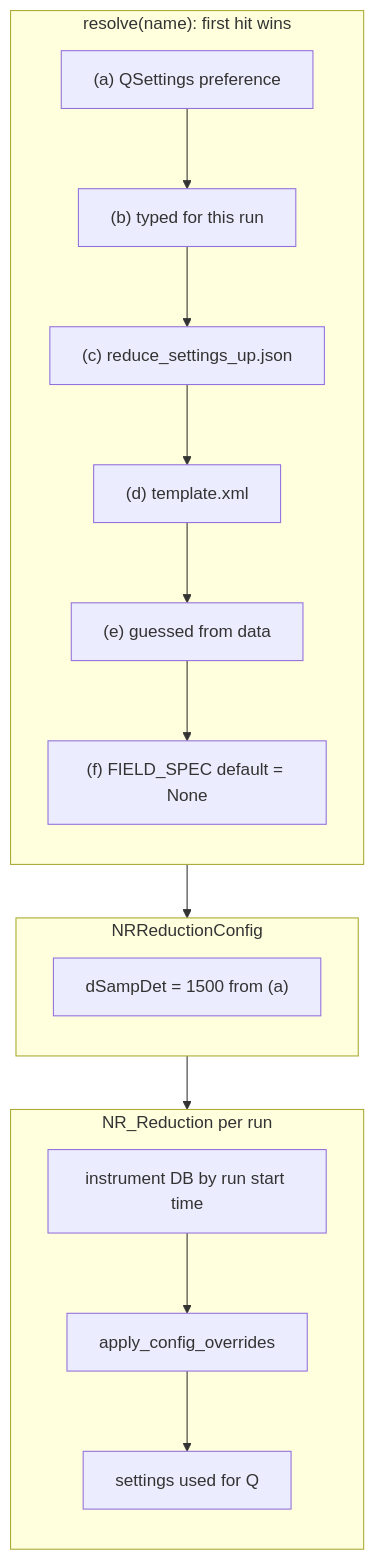
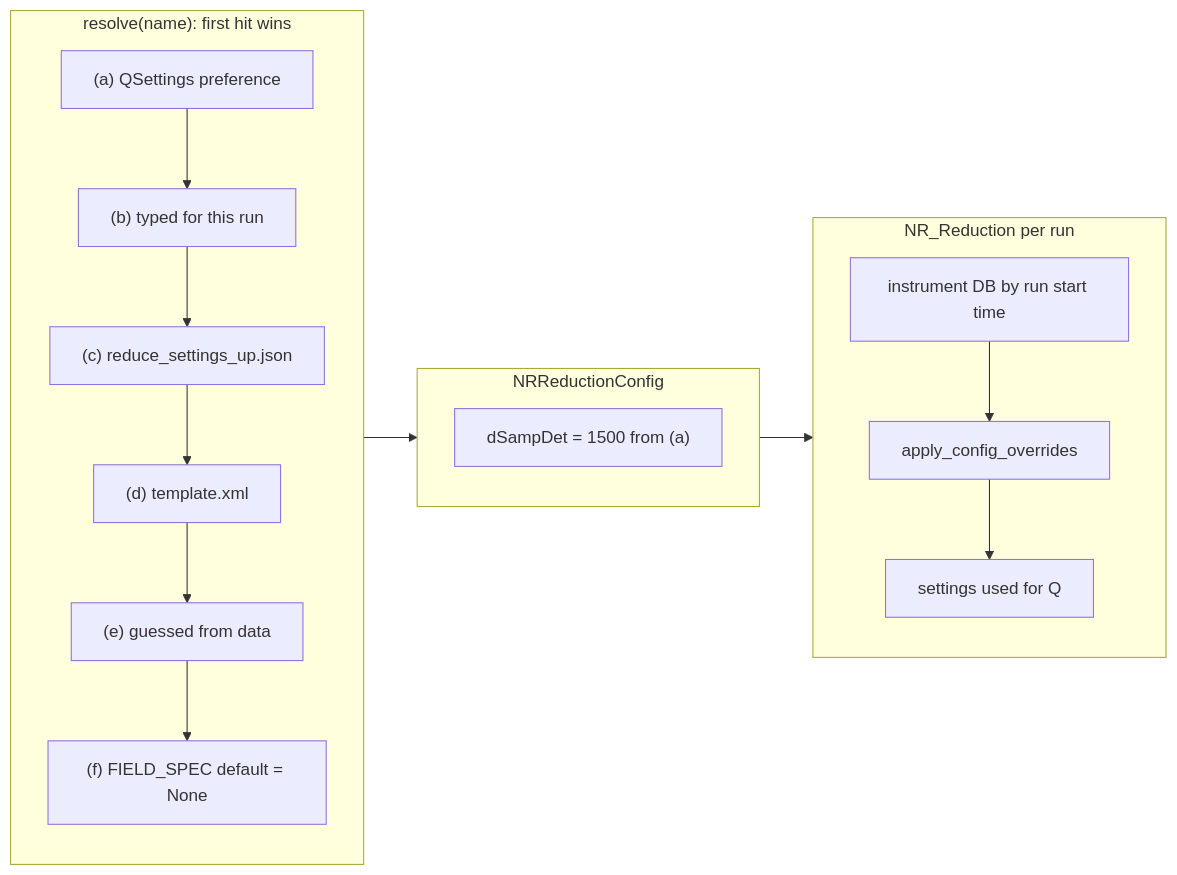
The first of 2 diagrams in plans/settings-management-advisor-c4-c2a.md (bvacaliuc/LiquidsReflectometer), drawn with Mermaid before and after one commit. The commit also changed other lines of this file, not shown here.

Commit message:
Change flowchart direction to left-right
For web-based rendering, it is more comfortable to view the diagrams in LR mode.

````diff
--- a/plans/settings-management-advisor-c4-c2a.md
+++ b/plans/settings-management-advisor-c4-c2a.md
@@ -18,25 +18,25 @@
 ```mermaid
-flowchart TD
+flowchart LR
     subgraph LAYERS["resolve(name): first hit wins"]
         direction TB
         A["(a) QSettings preference"]
         B["(b) typed for this run"]
         C["(c) reduce_settings_up.json"]
         D["(d) template.xml"]
         E["(e) guessed from data"]
         F["(f) FIELD_SPEC default = None"]
         A --> B --> C --> D --> E --> F
     end
     subgraph CONFIG["NRReductionConfig"]
         direction TB
         CFG["dSampDet = 1500 from (a)"]
     end
     subgraph REDUCER["NR_Reduction per run"]
         direction TB
         DB["instrument DB by run start time"]
         OVR["apply_config_overrides"]
         SET["settings used for Q"]
         DB --> OVR --> SET
     end
     LAYERS --> CONFIG --> REDUCER
 ```
````
